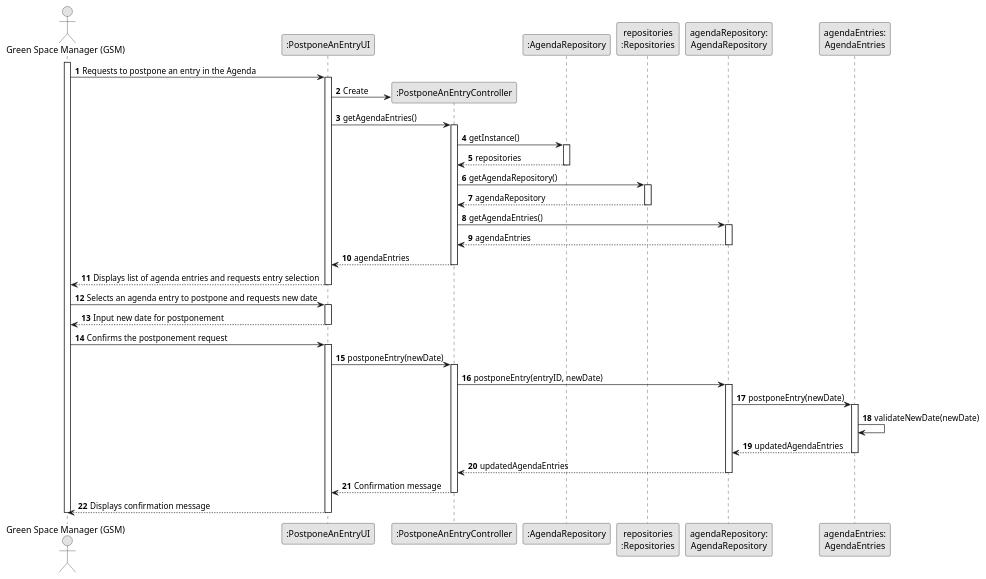
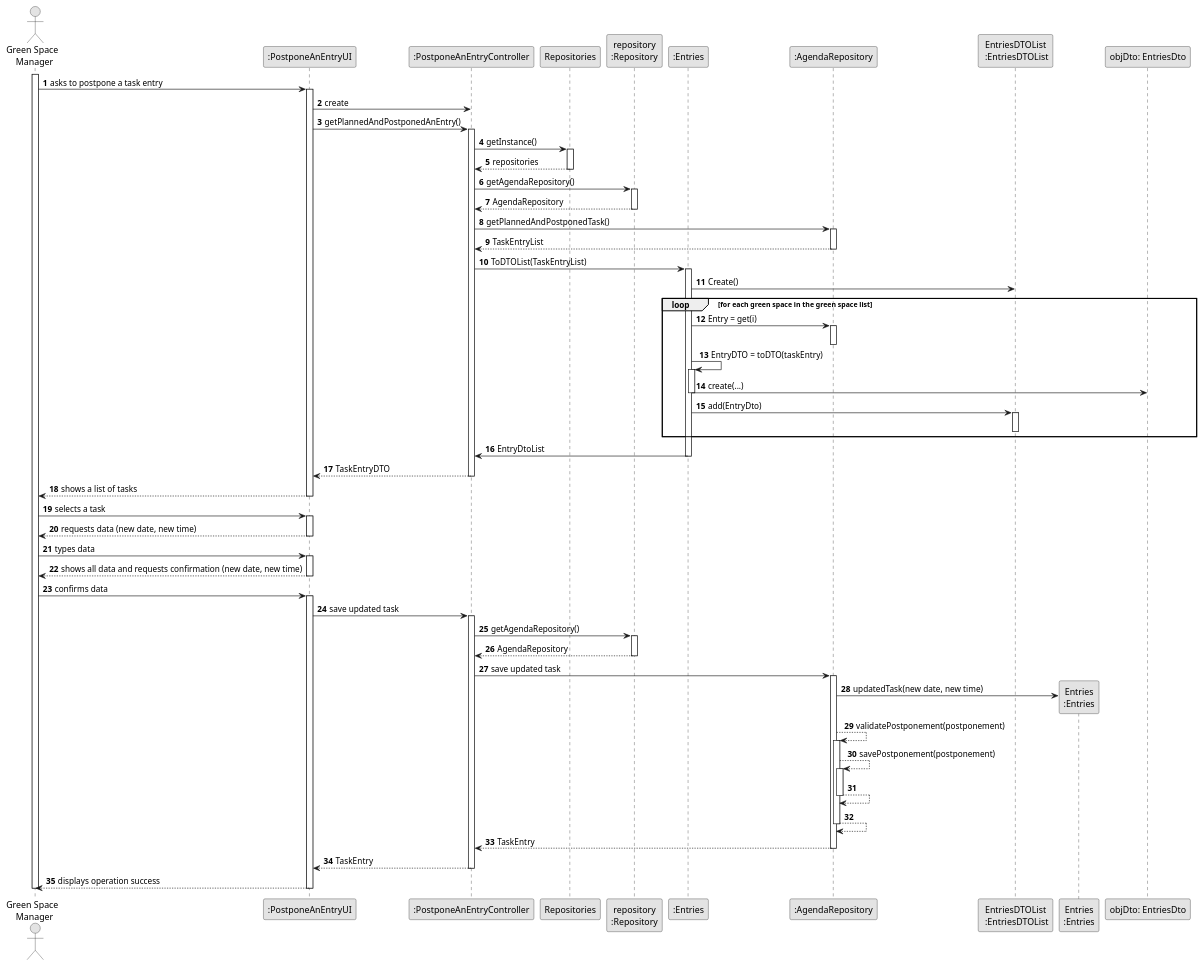
Before and after one commit to rpedros02/lei-24-s2-1DL-g08: the diagram in docs/sprintC/us024/03.design/puml/us024-sequence-diagram-full.puml, drawn with PlantUML.

Commit message:
update of US24 ESOFT

```diff
--- a/docs/sprintC/us024/03.design/puml/us024-sequence-diagram-full.puml
+++ b/docs/sprintC/us024/03.design/puml/us024-sequence-diagram-full.puml
@@ -1,65 +1,117 @@
 @startuml
 skinparam monochrome true
 skinparam packageStyle rectangle
 skinparam shadowing false
 
 autonumber
 
-actor "Green Space Manager (GSM)" as GSM
+'hide footbox
+actor "Green Space \n Manager" as ADM
 participant ":PostponeAnEntryUI" as UI
 participant ":PostponeAnEntryController" as CTRL
-participant ":AgendaRepository" as REP
-participant "repositories\n:Repositories" as PLAT
-participant "agendaRepository:\nAgendaRepository" as AGREP
-participant "agendaEntries:\nAgendaEntries" as AgendaEntries
+participant "Repositories" as RepositorySingleton
+participant "repository\n:Repository" as PLAT
+participant ":Entries" as MAP
+participant ":AgendaRepository" as URG
+participant "EntriesDTOList\n :EntriesDTOList" as DTO
 
-activate GSM
+participant "Entries\n:Entries" as TASK
+participant "objDto: EntriesDto" as GDTO
 
-GSM -> UI : Requests to postpone an entry in the Agenda
-activate UI
-UI -> CTRL** : Create
-UI -> CTRL : getAgendaEntries()
-activate CTRL
-CTRL -> REP : getInstance()
-activate REP
-REP --> CTRL: repositories
-deactivate REP
-CTRL -> PLAT : getAgendaRepository()
-activate PLAT
-PLAT --> CTRL: agendaRepository
-deactivate PLAT
-CTRL -> AGREP : getAgendaEntries()
-activate AGREP
-AGREP --> CTRL : agendaEntries
-deactivate AGREP
-CTRL --> UI : agendaEntries
-deactivate CTRL
-UI --> GSM : Displays list of agenda entries and requests entry selection
-deactivate UI
 
-GSM -> UI : Selects an agenda entry to postpone and requests new date
-activate UI
-UI --> GSM : Input new date for postponement
-deactivate UI
+activate ADM
 
-GSM -> UI : Confirms the postponement request
-activate UI
-UI -> CTRL : postponeEntry(newDate)
-activate CTRL
-CTRL -> AGREP : postponeEntry(entryID, newDate)
-activate AGREP
-AGREP -> AgendaEntries : postponeEntry(newDate)
-activate AgendaEntries
-AgendaEntries -> AgendaEntries : validateNewDate(newDate)
-AgendaEntries --> AGREP : updatedAgendaEntries
-deactivate AgendaEntries
-AGREP --> CTRL : updatedAgendaEntries
-deactivate AGREP
-CTRL --> UI : Confirmation message
-deactivate CTRL
-UI --> GSM : Displays confirmation message
-deactivate UI
+    ADM -> UI : asks to postpone a task entry
+    activate UI
+        UI -> CTRL : create
+        UI -> CTRL : getPlannedAndPostponedAnEntry()
+        activate CTRL
 
-deactivate GSM
+            CTRL -> RepositorySingleton : getInstance()
+            activate RepositorySingleton
+
+                RepositorySingleton --> CTRL : repositories
+            deactivate RepositorySingleton
+
+            CTRL -> PLAT : getAgendaRepository()
+            activate PLAT
+
+                PLAT --> CTRL : AgendaRepository
+            deactivate PLAT
+
+            CTRL -> URG : getPlannedAndPostponedTask()
+            activate URG
+
+                URG --> CTRL : TaskEntryList
+            deactivate URG
+
+            CTRL -> MAP : ToDTOList(TaskEntryList)
+            activate MAP
+                MAP -> DTO: Create()
+                loop for each green space in the green space list
+                MAP -> URG: Entry = get(i)
+                activate URG
+                deactivate URG
+                MAP -> MAP: EntryDTO = toDTO(taskEntry)
+                activate MAP
+                MAP -> GDTO: create(...)
+                deactivate MAP
+                MAP -> DTO: add(EntryDto)
+
+                activate DTO
+                deactivate DTO
+                end
+                MAP -> CTRL: EntryDtoList
+            deactivate MAP
+
+            CTRL --> UI : TaskEntryDTO
+        deactivate CTRL
+
+        UI --> ADM : shows a list of tasks
+    deactivate UI
+ADM -> UI : selects a task
+    activate UI
+
+        UI --> ADM : requests data (new date, new time)
+    deactivate UI
+
+    ADM -> UI : types data
+    activate UI
+
+        UI --> ADM : shows all data and requests confirmation (new date, new time)
+    deactivate UI
+
+    ADM -> UI : confirms data
+    activate UI
+     UI -> CTRL : save updated task
+            activate CTRL
+
+                CTRL -> PLAT : getAgendaRepository()
+                activate PLAT
+
+                    PLAT --> CTRL : AgendaRepository
+                deactivate PLAT
+
+                CTRL -> URG : save updated task
+
+                activate URG
+
+                           URG -> TASK** : updatedTask(new date, new time)
+                           URG --> URG : validatePostponement(postponement)
+                           activate URG
+                           URG --> URG : savePostponement(postponement)
+                           activate URG
+                           URG --> URG
+                           deactivate URG
+                           URG --> URG
+                           deactivate URG
+                           URG --> CTRL : TaskEntry
+                           deactivate URG
+        CTRL --> UI : TaskEntry
+            deactivate CTRL
+
+                UI --> ADM : displays operation success
+            deactivate UI
+        deactivate ADM
 
 @enduml
```
